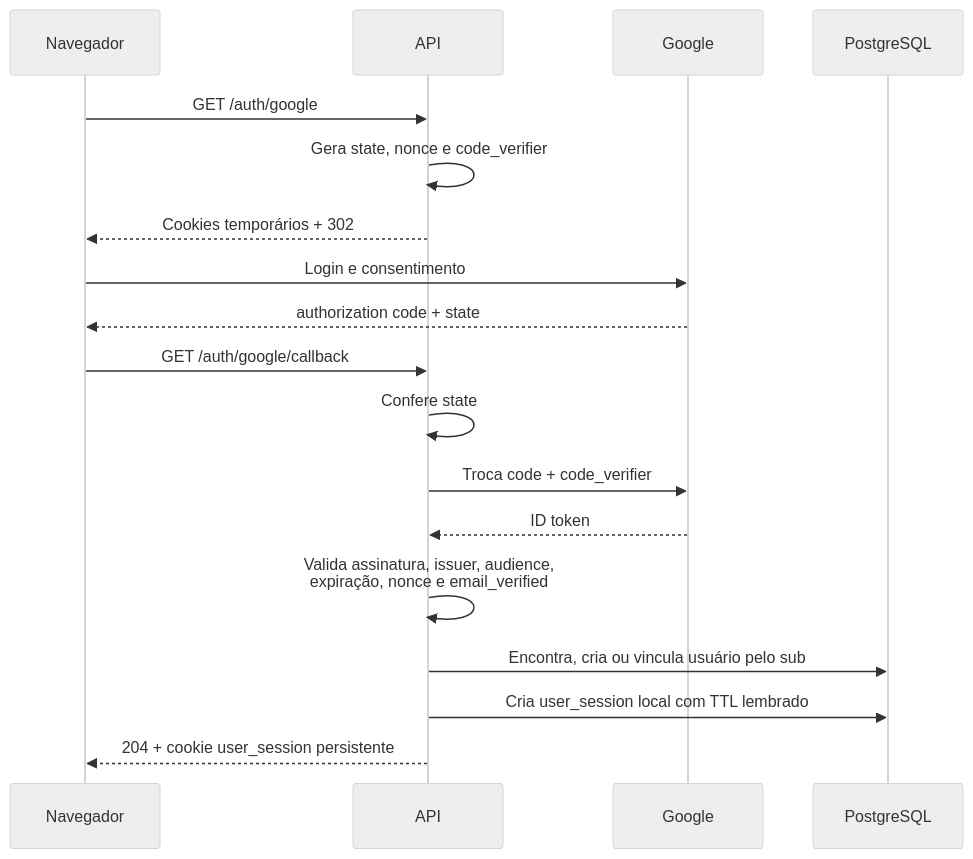
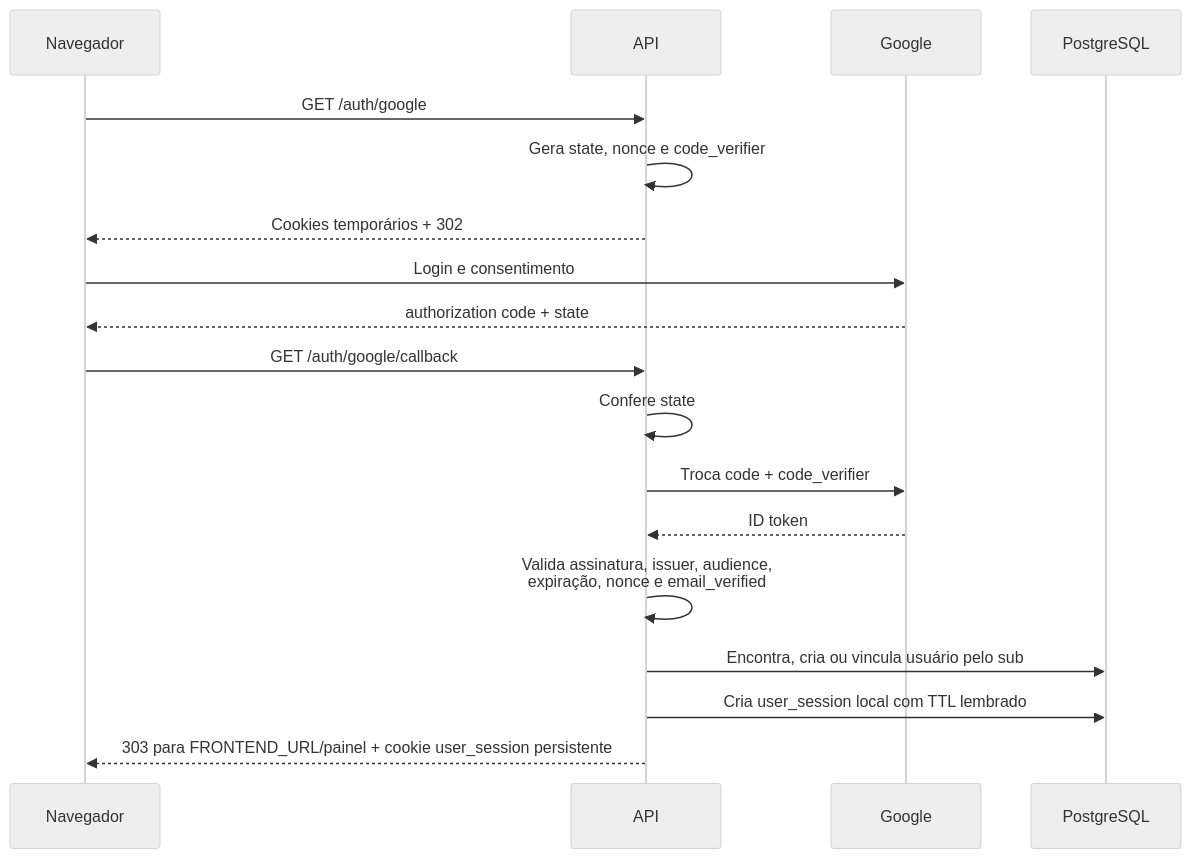
The fifth of 10 diagrams in backend/docs/authentication.md (fredsaggio/shortbit), drawn with Mermaid (neutral theme) before and after one commit. The commit also changed other lines of this file and 10 other files, not shown here.

````diff
--- a/backend/docs/authentication.md
+++ b/backend/docs/authentication.md
@@ -104,21 +104,21 @@
 ```mermaid
 sequenceDiagram
     participant Browser as Navegador
     participant API
     participant Google
     participant DB as PostgreSQL
 
     Browser->>API: GET /auth/google
     API->>API: Gera state, nonce e code_verifier
     API-->>Browser: Cookies temporários + 302
     Browser->>Google: Login e consentimento
     Google-->>Browser: authorization code + state
     Browser->>API: GET /auth/google/callback
     API->>API: Confere state
     API->>Google: Troca code + code_verifier
     Google-->>API: ID token
     API->>API: Valida assinatura, issuer, audience,<br/>expiração, nonce e email_verified
     API->>DB: Encontra, cria ou vincula usuário pelo sub
     API->>DB: Cria user_session local com TTL lembrado
-    API-->>Browser: 204 + cookie user_session persistente
+    API-->>Browser: 303 para FRONTEND_URL/painel + cookie user_session persistente
 ```
````
